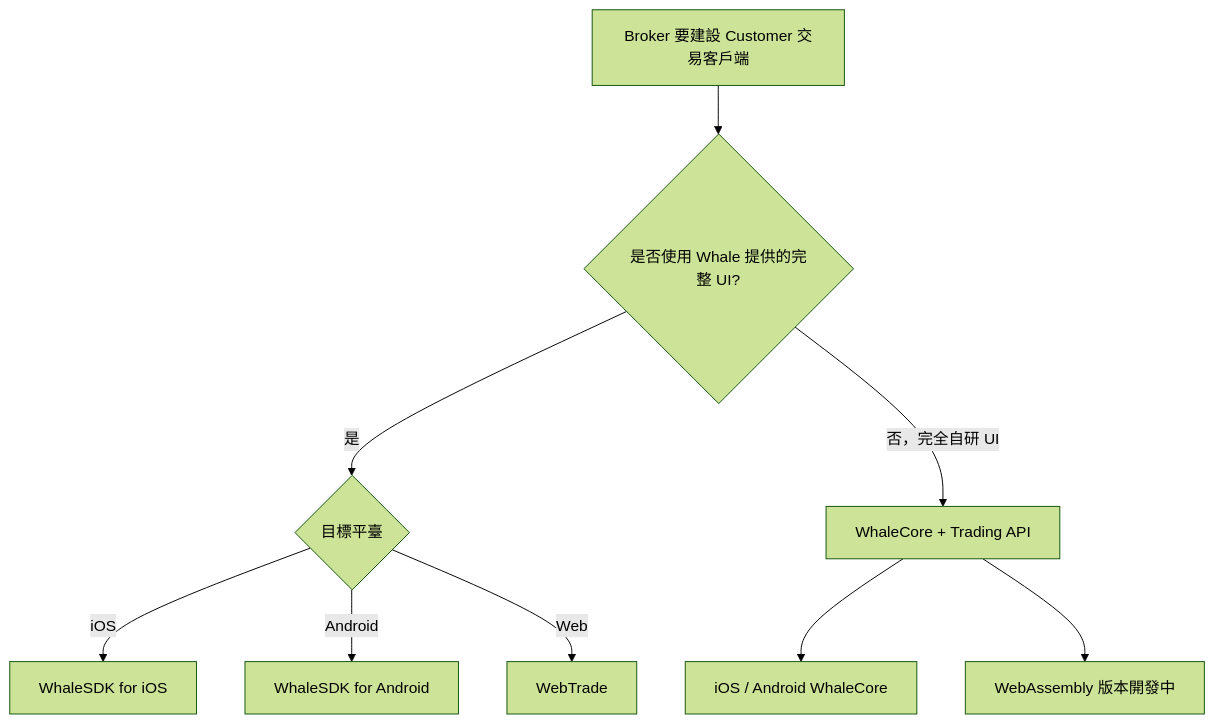
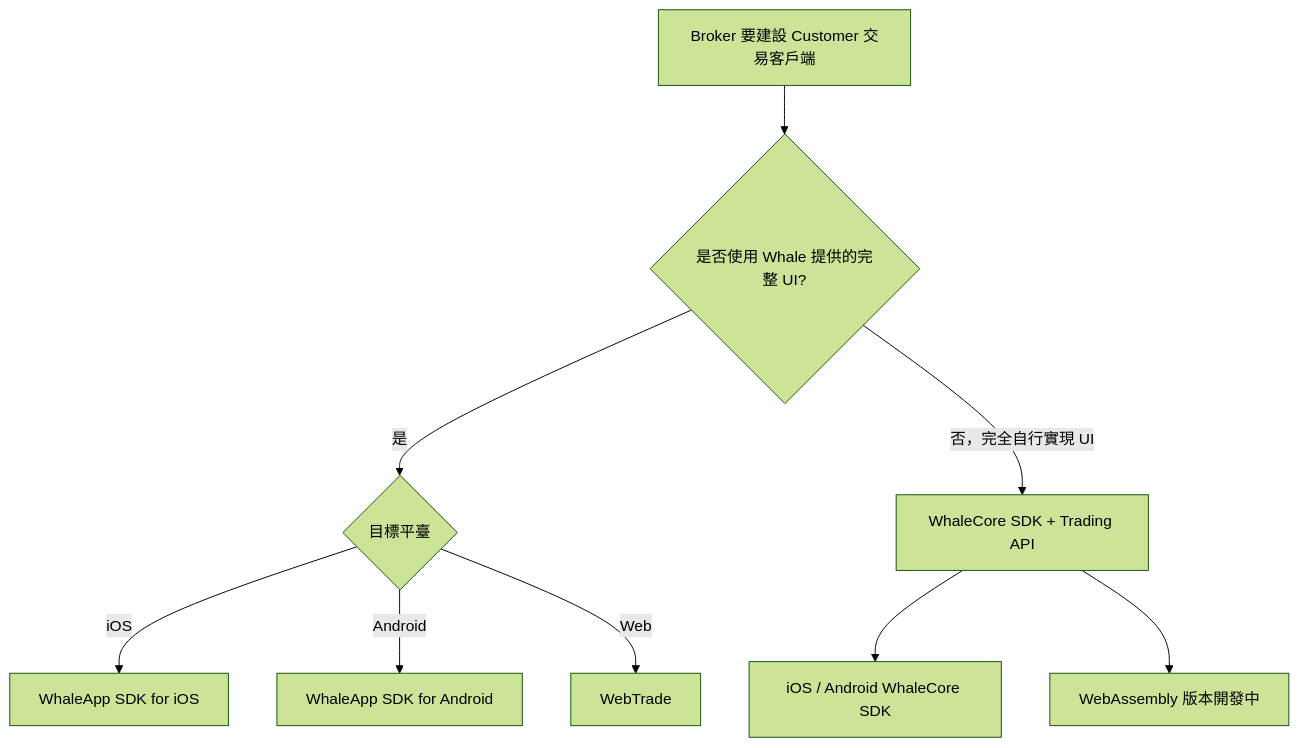
One commit to longbridge/whale-docs changed the diagram in zh-Hant/docs/integration-options.mdx. Above: the diagram before and after it, drawn with Mermaid (forest theme). The commit also changed other lines of this file and 50 other files, not shown here.

Commit message:
docs: define Whale SDK product hierarchy

````diff
--- a/zh-Hant/docs/integration-options.mdx
+++ b/zh-Hant/docs/integration-options.mdx
@@ -22,11 +22,11 @@
 ```mermaid
 flowchart TD
     A[Broker 要建設 Customer 交易客戶端] --> B{是否使用 Whale 提供的完整 UI?}
     B -- 是 --> C{目標平臺}
-    C -- iOS --> D[WhaleSDK for iOS]
-    C -- Android --> E[WhaleSDK for Android]
+    C -- iOS --> D[WhaleApp SDK for iOS]
+    C -- Android --> E[WhaleApp SDK for Android]
     C -- Web --> F[WebTrade]
-    B -- 否，完全自研 UI --> G[WhaleCore + Trading API]
-    G --> H[iOS / Android WhaleCore]
+    B -- 否，完全自行實現 UI --> G[WhaleCore SDK + Trading API]
+    G --> H[iOS / Android WhaleCore SDK]
     G --> I[WebAssembly 版本開發中]
 ```
````
